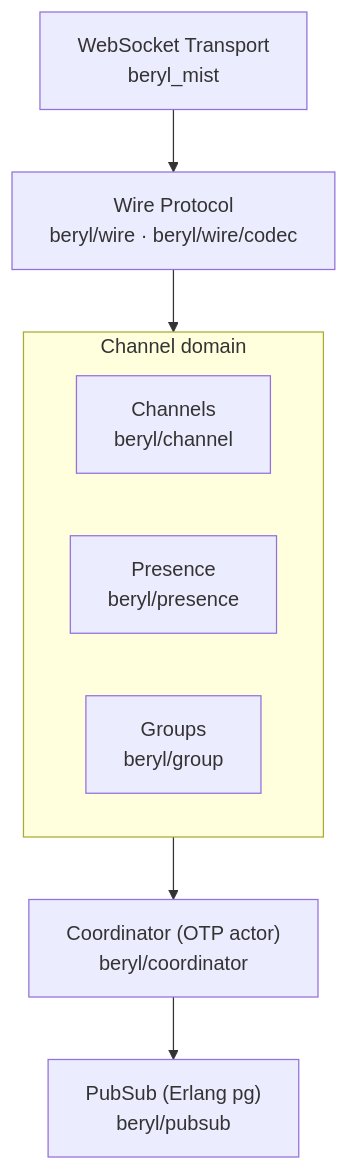
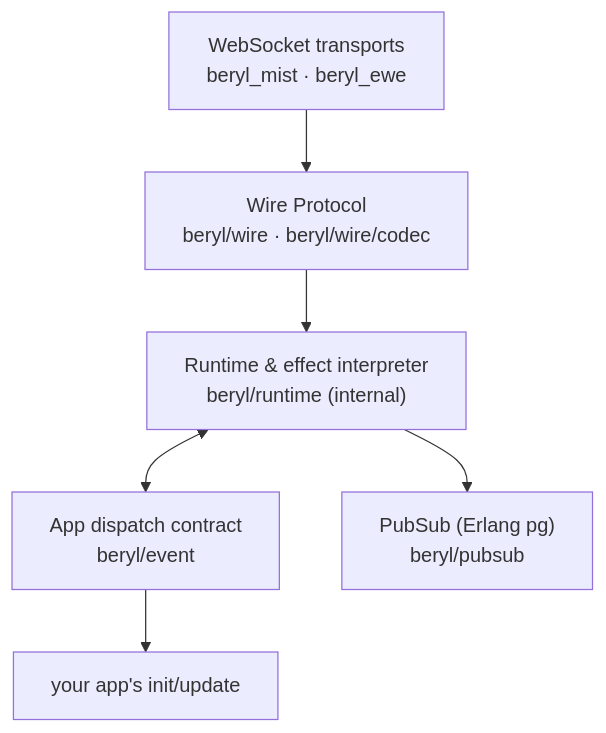
One commit to tylerbutler/beryl changed the first of 11 diagrams in docs/architecture-deck.md. Above: the diagram before and after it, drawn with Mermaid. The commit also changed other lines of this file and 90 other files, not shown here.

First line of the commit message:
docs(beryl): document app-side dispatch (#267)

````diff
--- a/docs/architecture-deck.md
+++ b/docs/architecture-deck.md
@@ -38,13 +39,12 @@
 ```mermaid
 flowchart TB
-  T["WebSocket Transport<br/>beryl_mist"]
+  T["WebSocket transports<br/>beryl_mist · beryl_ewe"]
   W["Wire Protocol<br/>beryl/wire · beryl/wire/codec"]
-  subgraph Domain["Channel domain"]
-    C["Channels<br/>beryl/channel"]
-    P["Presence<br/>beryl/presence"]
-    G["Groups<br/>beryl/group"]
-  end
-  CO["Coordinator (OTP actor)<br/>beryl/coordinator"]
+  R["Runtime & effect interpreter<br/>beryl/runtime (internal)"]
+  E["App dispatch contract<br/>beryl/event"]
+  APP["your app's init/update"]
   PS["PubSub (Erlang pg)<br/>beryl/pubsub"]
-  T --> W --> Domain --> CO --> PS
+  T --> W --> R
+  R <--> E --> APP
+  R --> PS
 ```
````
